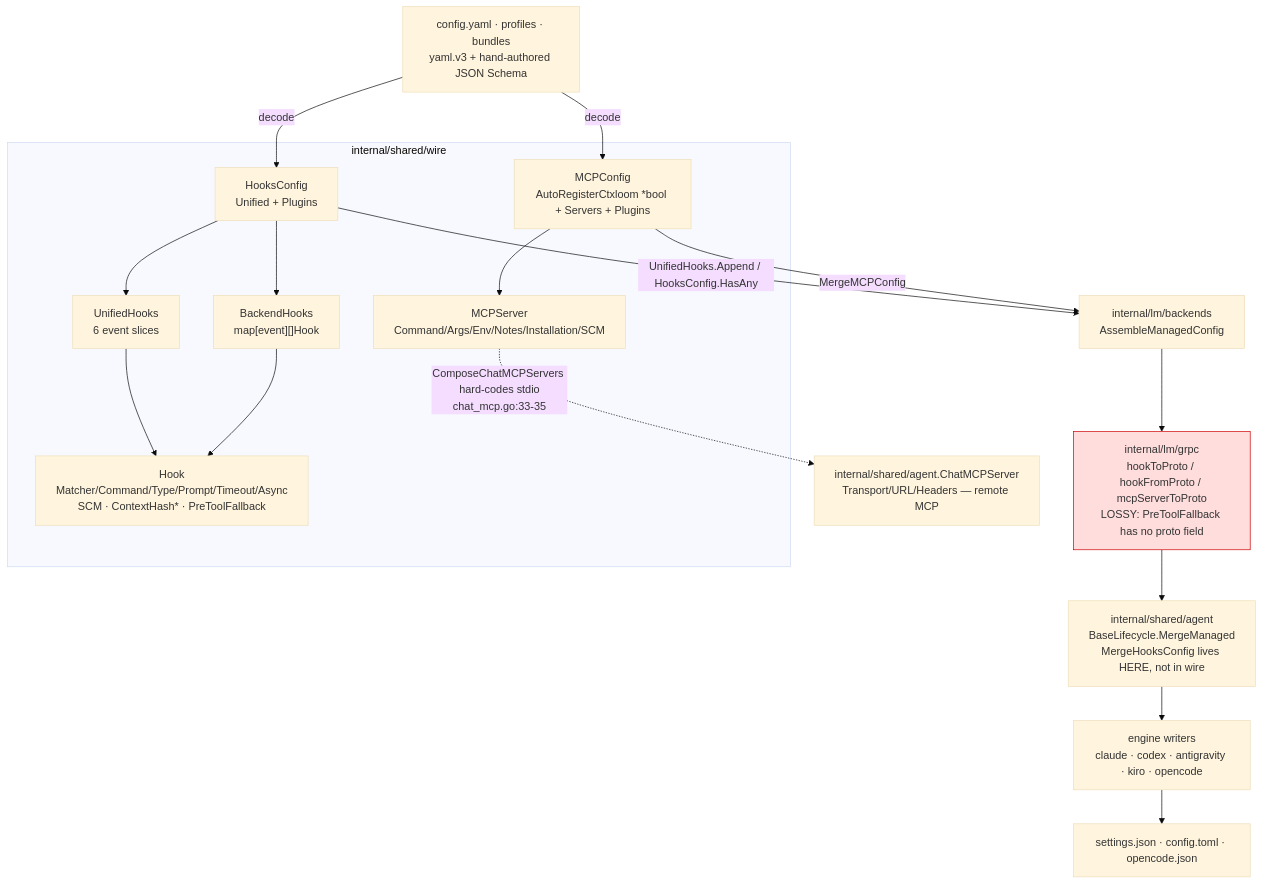
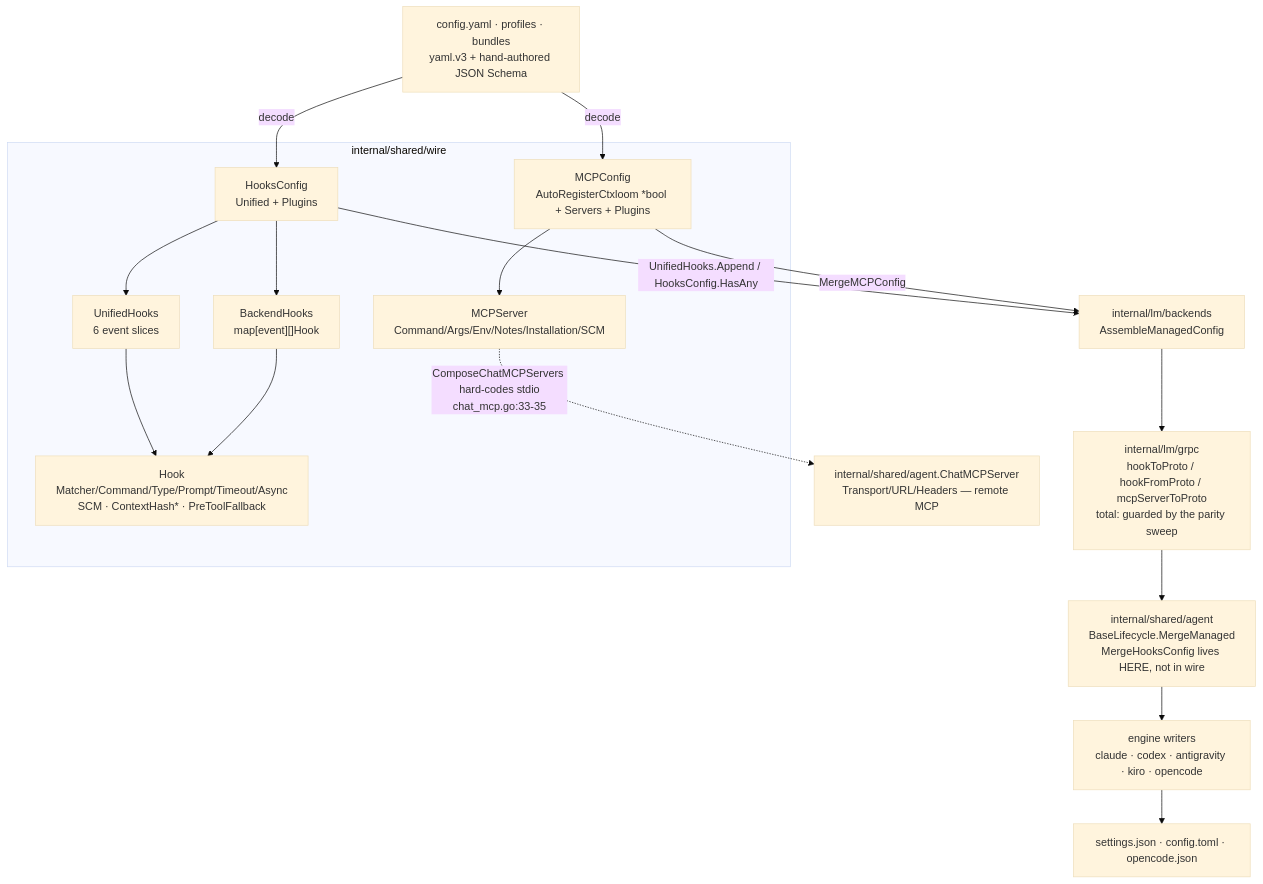
Before and after one commit to ctxloom/ctxloom: the diagram in docs/architecture/shared/wire-types.md, drawn with Mermaid (base theme). The commit also changed other lines of this file and 14 other files, not shown here.

````diff
--- a/docs/architecture/shared/wire-types.md
+++ b/docs/architecture/shared/wire-types.md
@@ -7,30 +7,29 @@
 ```mermaid
 flowchart TD
     subgraph wire["internal/shared/wire"]
         HC["HooksConfig<br/>Unified + Plugins"]
         UH["UnifiedHooks<br/>6 event slices"]
         BH["BackendHooks<br/>map[event][]Hook"]
         H["Hook<br/>Matcher/Command/Type/Prompt/Timeout/Async<br/>SCM · ContextHash* · PreToolFallback"]
         MC["MCPConfig<br/>AutoRegisterCtxloom *bool + Servers + Plugins"]
         MS["MCPServer<br/>Command/Args/Env/Notes/Installation/SCM"]
         HC --> UH
         HC --> BH
         UH --> H
         BH --> H
         MC --> MS
     end
 
     YAML["config.yaml · profiles · bundles<br/>yaml.v3 + hand-authored JSON Schema"] -->|decode| HC
     YAML -->|decode| MC
     HC -->|"UnifiedHooks.Append / HooksConfig.HasAny"| ASM["internal/lm/backends<br/>AssembleManagedConfig"]
     MC -->|MergeMCPConfig| ASM
-    ASM --> PROTO["internal/lm/grpc<br/>hookToProto / hookFromProto / mcpServerToProto<br/>LOSSY: PreToolFallback has no proto field"]
+    ASM --> PROTO["internal/lm/grpc<br/>hookToProto / hookFromProto / mcpServerToProto<br/>total: guarded by the parity sweep"]
     PROTO --> LIFE["internal/shared/agent<br/>BaseLifecycle.MergeManaged<br/>MergeHooksConfig lives HERE, not in wire"]
     LIFE --> WRITERS["engine writers<br/>claude · codex · antigravity · kiro · opencode"]
     WRITERS --> NATIVE["settings.json · config.toml · opencode.json"]
 
     CHAT["internal/shared/agent.ChatMCPServer<br/>Transport/URL/Headers — remote MCP"]
     MS -.->|"ComposeChatMCPServers hard-codes stdio<br/>chat_mcp.go:33-35"| CHAT
 
-    style PROTO fill:#fdd,stroke:#c00
 ```
````
